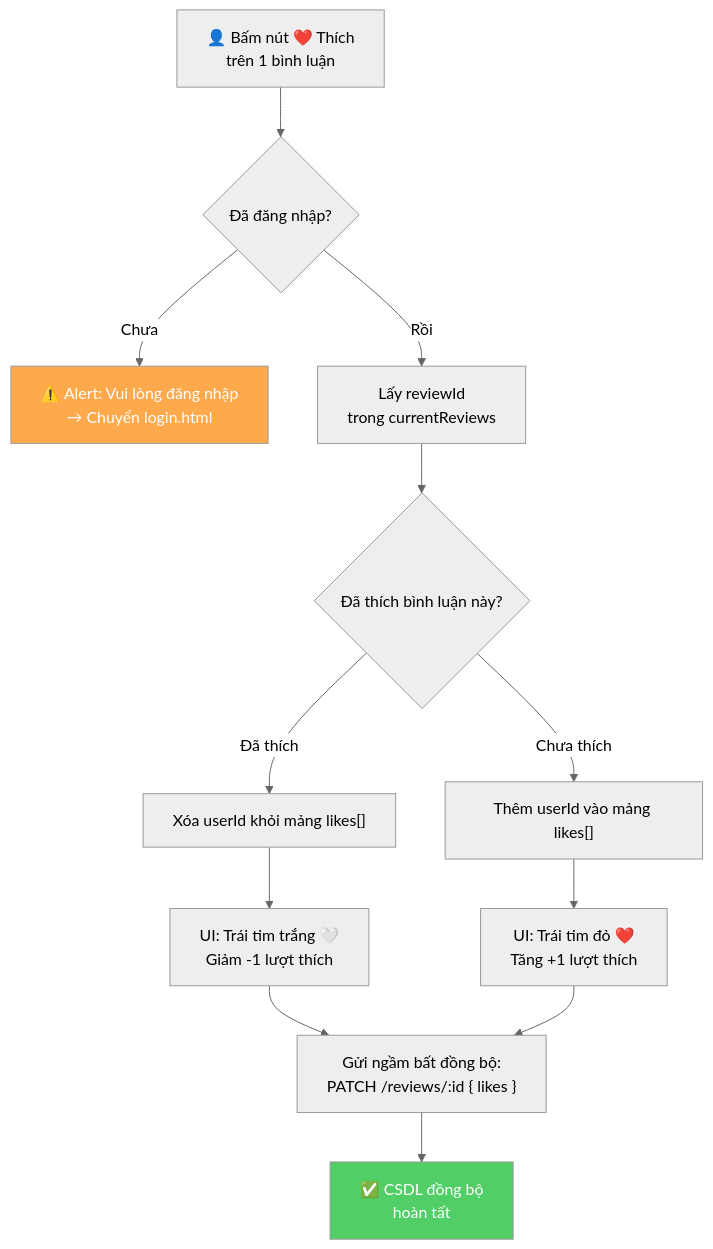
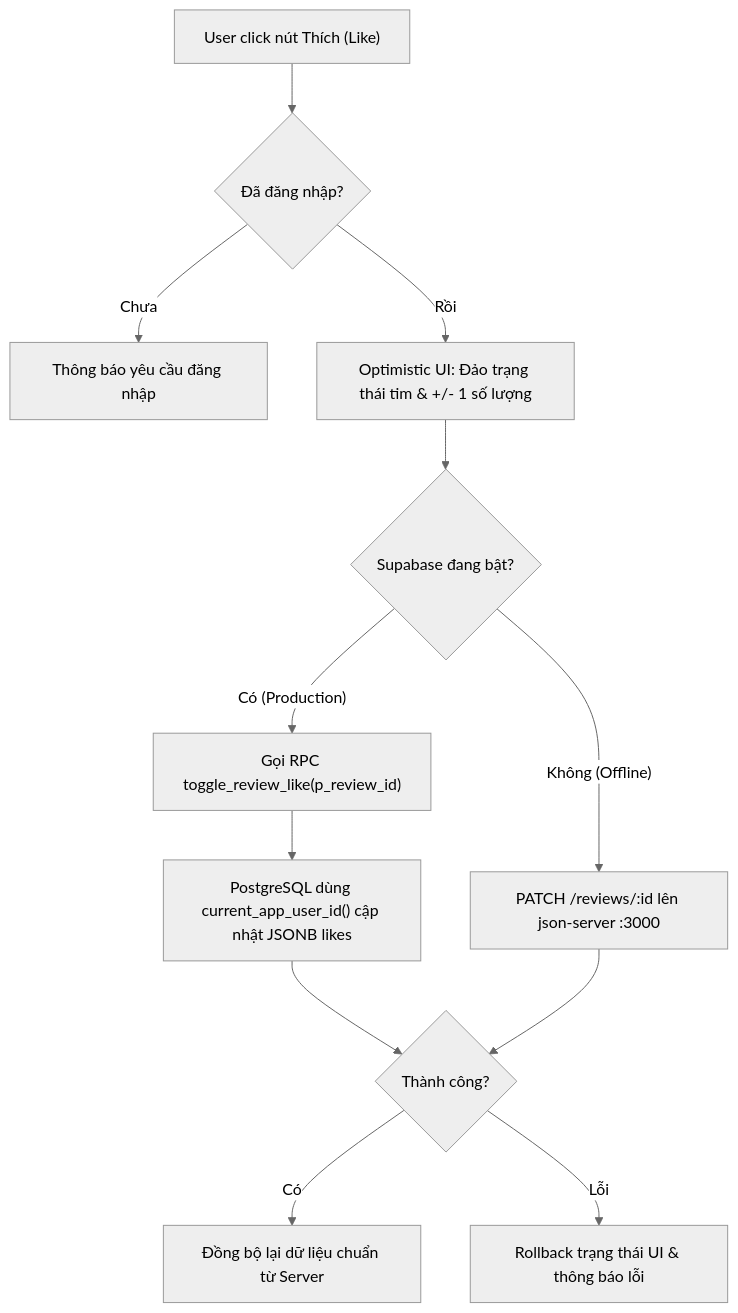
The third of 4 diagrams in docs/workflow.md (hieunguyenpro1919/nhasach), drawn with Mermaid (neutral theme) before and after one commit. The commit also changed other lines of this file and 4 other files, not shown here.

````diff
--- a/docs/workflow.md
+++ b/docs/workflow.md
@@ -124,20 +91,14 @@
 ```mermaid
 flowchart TD
-    A["👤 Bấm nút ❤️ Thích\ntrên 1 bình luận"] --> B{"Đã đăng nhập?"}
-    B -- "Chưa" --> ALERT["⚠️ Alert: Vui lòng đăng nhập\n→ Chuyển login.html"]
-    B -- "Rồi" --> C["Lấy reviewId\ntrong currentReviews"]
-    C --> D{"Đã thích bình luận này?"}
-
-    D -- "Đã thích" --> E["Xóa userId khỏi mảng likes[]"]
-    E --> F["UI: Trái tim trắng 🤍\nGiảm -1 lượt thích"]
-
-    D -- "Chưa thích" --> G["Thêm userId vào mảng likes[]"]
-    G --> H["UI: Trái tim đỏ ❤️\nTăng +1 lượt thích"]
-
-    F --> I["Gửi ngầm bất đồng bộ:\nPATCH /reviews/:id { likes }"]
+    A["User click nút Thích (Like)"] --> B{"Đã đăng nhập?"}
+    B -- "Chưa" --> C["Thông báo yêu cầu đăng nhập"]
+    B -- "Rồi" --> D["Optimistic UI: Đảo trạng thái tim & +/- 1 số lượng"]
+    D --> E{"Supabase đang bật?"}
+    E -- "Có (Production)" --> F["Gọi RPC toggle_review_like(p_review_id)"]
+    F --> G["PostgreSQL dùng current_app_user_id() cập nhật JSONB likes"]
+    E -- "Không (Offline)" --> H["PATCH /reviews/:id lên json-server :3000"]
+    G --> I{"Thành công?"}
     H --> I
-    I --> SYNC["✅ CSDL đồng bộ\nhoàn tất"]
-
-    style ALERT fill:#ffa94d,color:#fff
-    style SYNC fill:#51cf66,color:#fff
+    I -- "Có" --> J["Đồng bộ lại dữ liệu chuẩn từ Server"]
+    I -- "Lỗi" --> K["Rollback trạng thái UI & thông báo lỗi"]
 ```
````
